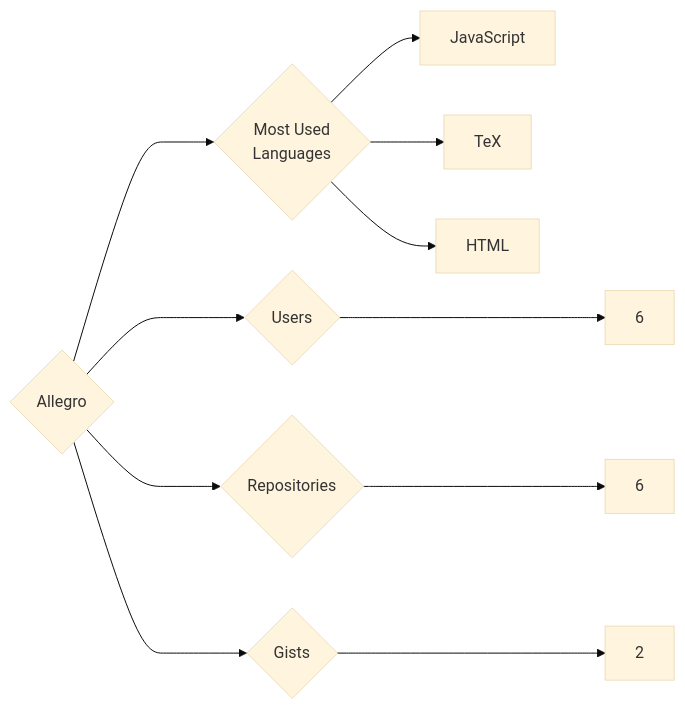
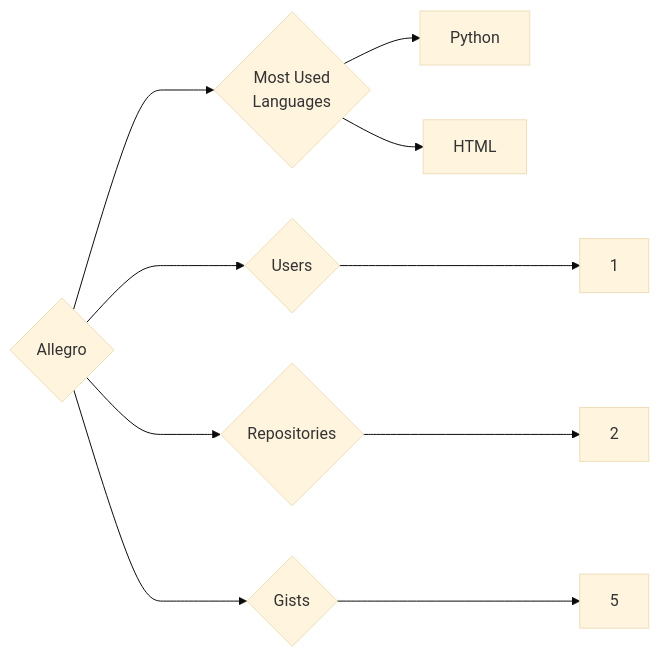
One commit to trickest/insiders changed the diagram in targets/Allegro/README.md. Above: the diagram before and after it, drawn with Mermaid (base theme). The commit also changed 1141 other files, not shown here.

````diff
--- a/targets/Allegro/README.md
+++ b/targets/Allegro/README.md
@@ -3,11 +3,10 @@
 ```mermaid
 graph LR
 COMPANY_NAME{Allegro}
-COMPANY_NAME ---> U{Users} ---> UN[6]
-COMPANY_NAME ---> R{Repositories} ---> RN[6]
-COMPANY_NAME ---> G{Gists} ---> GN[2]
+COMPANY_NAME ---> U{Users} ---> UN[1]
+COMPANY_NAME ---> R{Repositories} ---> RN[2]
+COMPANY_NAME ---> G{Gists} ---> GN[5]
 COMPANY_NAME ---> ML{Most Used<br>Languages}
-ML --> JavaScript[JavaScript]
-ML --> TeX[TeX]
+ML --> Python[Python]
 ML --> HTML[HTML]
 ```
````
